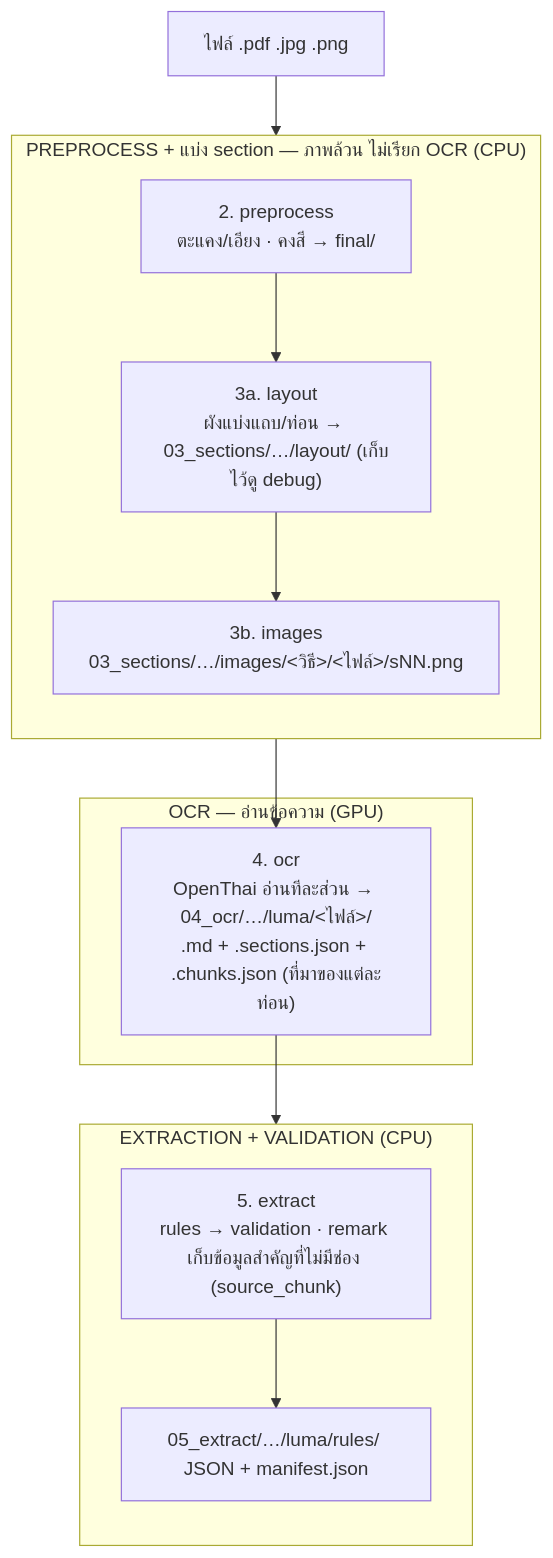
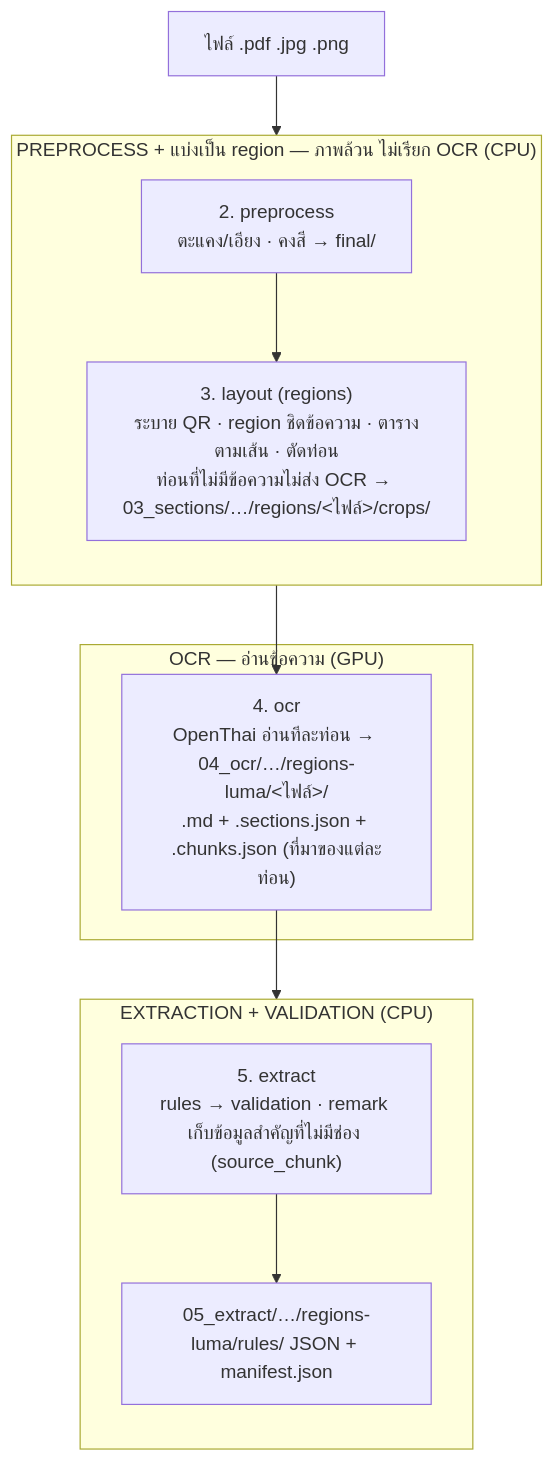
Before and after one commit to Pikcolo/fin-extractor: the first of 2 diagrams in docs/README.md, drawn with Mermaid. The commit also changed other lines of this file and 45 other files, not shown here.

````diff
--- a/docs/README.md
+++ b/docs/README.md
@@ -41,26 +41,25 @@
 ```mermaid
 flowchart TD
     A["ไฟล์ .pdf .jpg .png"]
 
-    subgraph PRE["PREPROCESS + แบ่ง section — ภาพล้วน ไม่เรียก OCR (CPU)"]
+    subgraph PRE["PREPROCESS + แบ่งเป็น region — ภาพล้วน ไม่เรียก OCR (CPU)"]
         direction TB
         B["2. preprocess<br/>ตะแคง/เอียง · คงสี → final/"]
-        C["3a. layout<br/>ผังแบ่งแถบ/ท่อน → 03_sections/…/layout/ (เก็บไว้ดู debug)"]
-        D["3b. images<br/>03_sections/…/images/<วิธี>/<ไฟล์>/sNN.png"]
-        B --> C --> D
+        C["3. layout (regions)<br/>ระบาย QR · region ชิดข้อความ · ตารางตามเส้น · ตัดท่อน<br/>ท่อนที่ไม่มีข้อความไม่ส่ง OCR → 03_sections/…/regions/<ไฟล์>/crops/"]
+        B --> C
     end
 
     subgraph OCR["OCR — อ่านข้อความ (GPU)"]
-        E["4. ocr<br/>OpenThai อ่านทีละส่วน → 04_ocr/…/luma/<ไฟล์>/<br/>.md + .sections.json + .chunks.json (ที่มาของแต่ละท่อน)"]
+        E["4. ocr<br/>OpenThai อ่านทีละท่อน → 04_ocr/…/regions-luma/<ไฟล์>/<br/>.md + .sections.json + .chunks.json (ที่มาของแต่ละท่อน)"]
     end
 
     subgraph EXT["EXTRACTION + VALIDATION (CPU)"]
         direction TB
         F["5. extract<br/>rules → validation · remark เก็บข้อมูลสำคัญที่ไม่มีช่อง (source_chunk)"]
-        G["05_extract/…/luma/rules/ JSON + manifest.json"]
+        G["05_extract/…/regions-luma/rules/ JSON + manifest.json"]
         F --> G
     end
 
     A --> B
-    D --> E --> F
+    C --> E --> F
 ```
````
